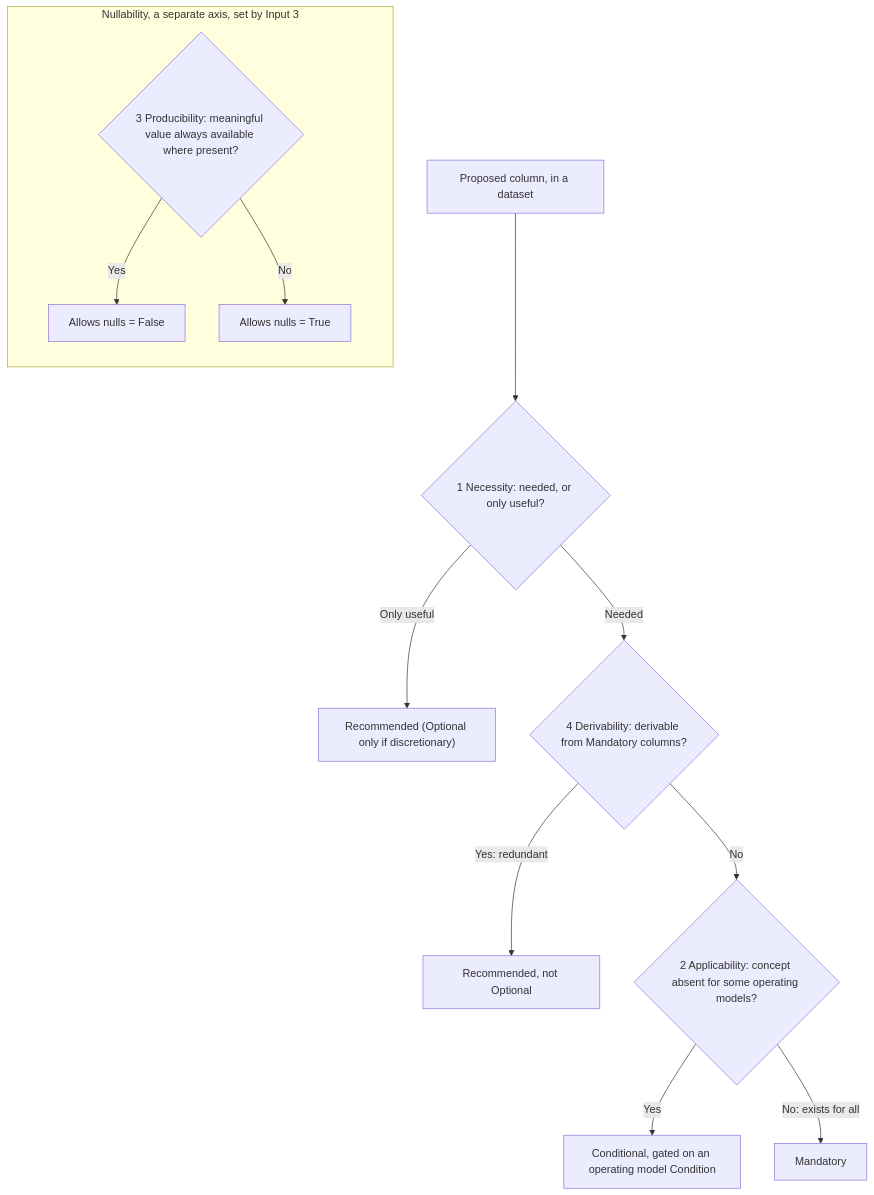
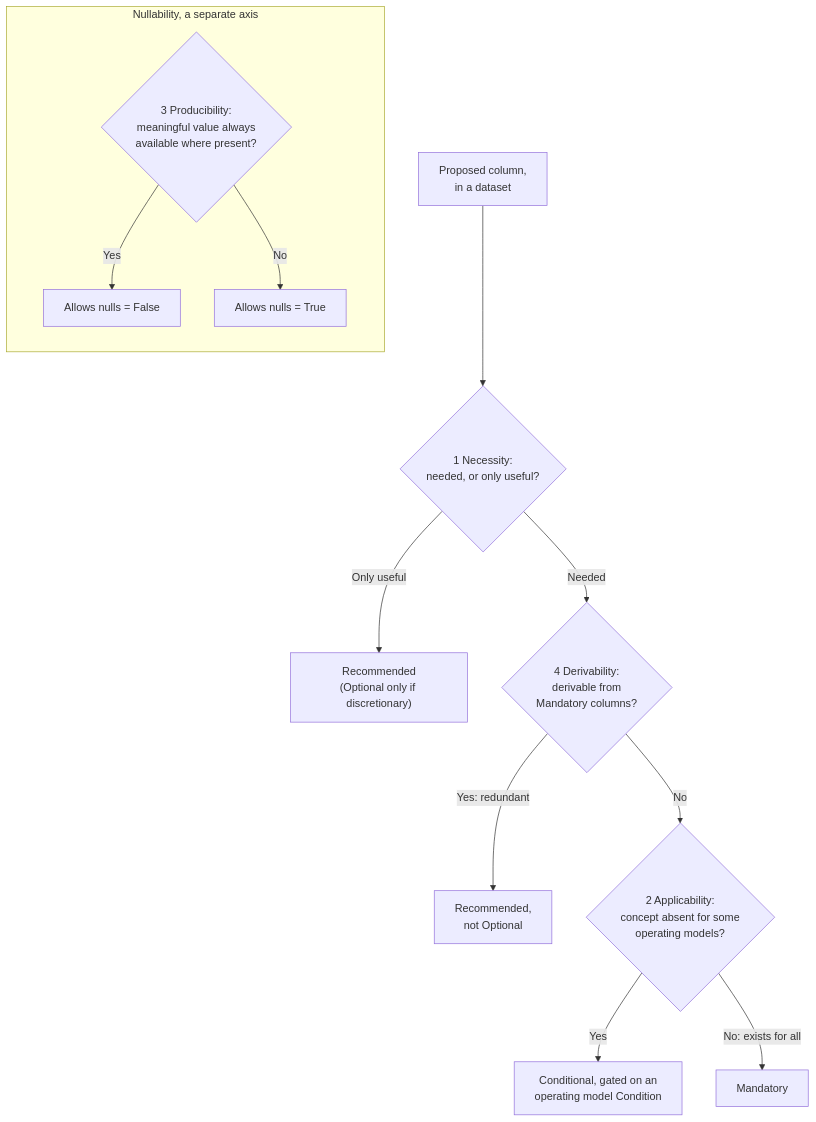
One commit to FinOps-Open-Cost-and-Usage-Spec/FOCUS_Spec changed the diagram in guidelines/contributors/feature-level-rubric-guidelines.md. Above: the diagram before and after it, drawn with Mermaid. The commit also changed other lines of this file, not shown here.

Commit message:
FR #2335: Break long diagram labels so GitHub's renderer keeps text inside node shapes
GitHub's mermaid renderer does not auto-wrap labels, so long
single-line labels overflowed the decision diamonds and the whole
diagram scaled down to fit. Explicit line breaks keep every label
inside its shape; wording is unchanged except the subgraph title,
shortened to fit its box. Also drops the Contents entry for the
removed Recording section and a trailing space.

````diff
--- a/guidelines/contributors/feature-level-rubric-guidelines.md
+++ b/guidelines/contributors/feature-level-rubric-guidelines.md
@@ -85,15 +84,15 @@
 ```mermaid
 flowchart TD
-    A["Proposed column, in a dataset"] --> B{"1 Necessity: needed, or only useful?"}
-    B -->|"Only useful"| R["Recommended (Optional only if discretionary)"]
-    B -->|"Needed"| D{"4 Derivability: derivable from Mandatory columns?"}
-    D -->|"Yes: redundant"| RO["Recommended, not Optional"]
-    D -->|"No"| E{"2 Applicability: concept absent for some operating models?"}
-    E -->|"Yes"| CD["Conditional, gated on an operating model Condition"]
+    A["Proposed column,<br/>in a dataset"] --> B{"1 Necessity:<br/>needed, or only useful?"}
+    B -->|"Only useful"| R["Recommended<br/>(Optional only if discretionary)"]
+    B -->|"Needed"| D{"4 Derivability:<br/>derivable from<br/>Mandatory columns?"}
+    D -->|"Yes: redundant"| RO["Recommended,<br/>not Optional"]
+    D -->|"No"| E{"2 Applicability:<br/>concept absent for some<br/>operating models?"}
+    E -->|"Yes"| CD["Conditional, gated on an<br/>operating model Condition"]
     E -->|"No: exists for all"| M["Mandatory"]
-    subgraph NUL["Nullability, a separate axis, set by Input 3"]
+    subgraph NUL["Nullability, a separate axis"]
         direction TB
-        P{"3 Producibility: meaningful value always available where present?"} -->|"Yes"| NF["Allows nulls = False"]
+        P{"3 Producibility:<br/>meaningful value always<br/>available where present?"} -->|"Yes"| NF["Allows nulls = False"]
         P -->|"No"| NT["Allows nulls = True"]
     end
 ```
````
